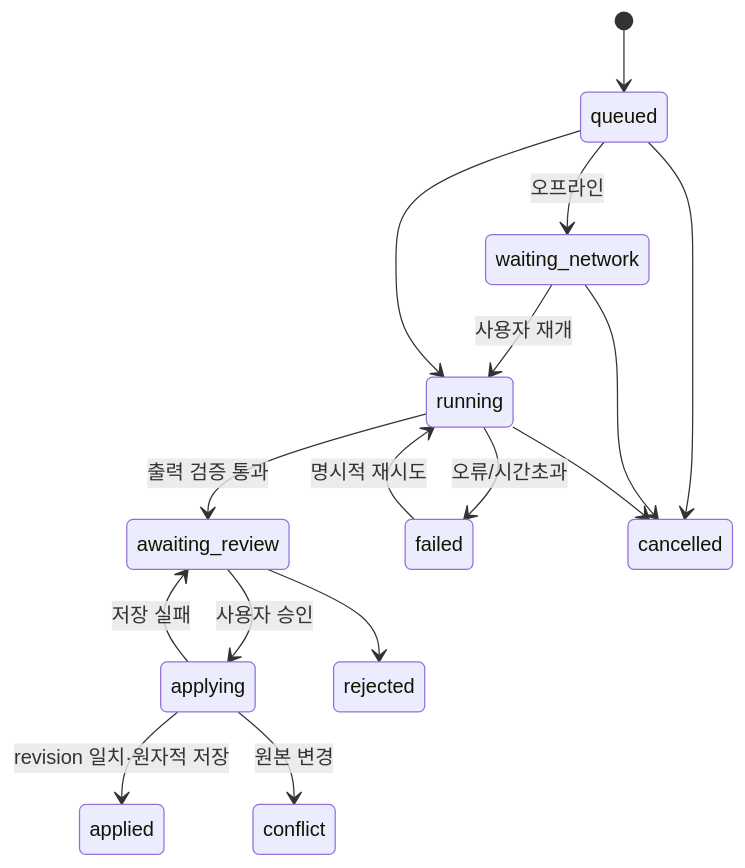
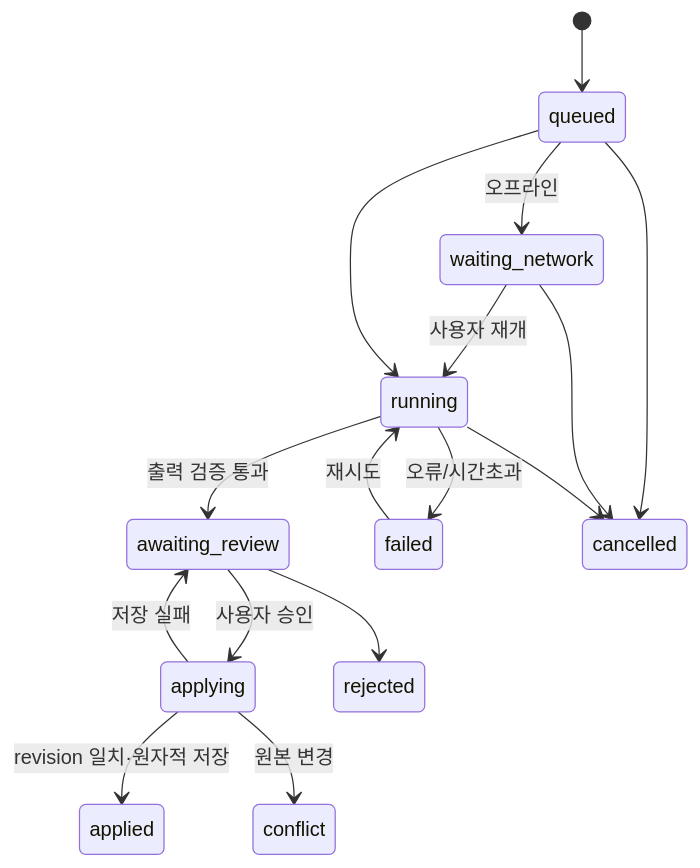
The diagram in docs/orchestration.md (ysparkbc37D/Sulsul-Travel), drawn with Mermaid before and after one commit. The commit also changed other lines of this file and 6 other files, not shown here.

````diff
--- a/docs/orchestration.md
+++ b/docs/orchestration.md
@@ -15,18 +15,18 @@
 ```mermaid
 stateDiagram-v2
   [*] --> queued
   queued --> waiting_network: 오프라인
   waiting_network --> running: 사용자 재개
   queued --> running
   running --> awaiting_review: 출력 검증 통과
   running --> failed: 오류/시간초과
-  failed --> running: 명시적 재시도
+  failed --> running: 재시도
   awaiting_review --> applying: 사용자 승인
   applying --> applied: revision 일치·원자적 저장
   applying --> conflict: 원본 변경
   applying --> awaiting_review: 저장 실패
   awaiting_review --> rejected
   queued --> cancelled
   waiting_network --> cancelled
   running --> cancelled
 ```
````
